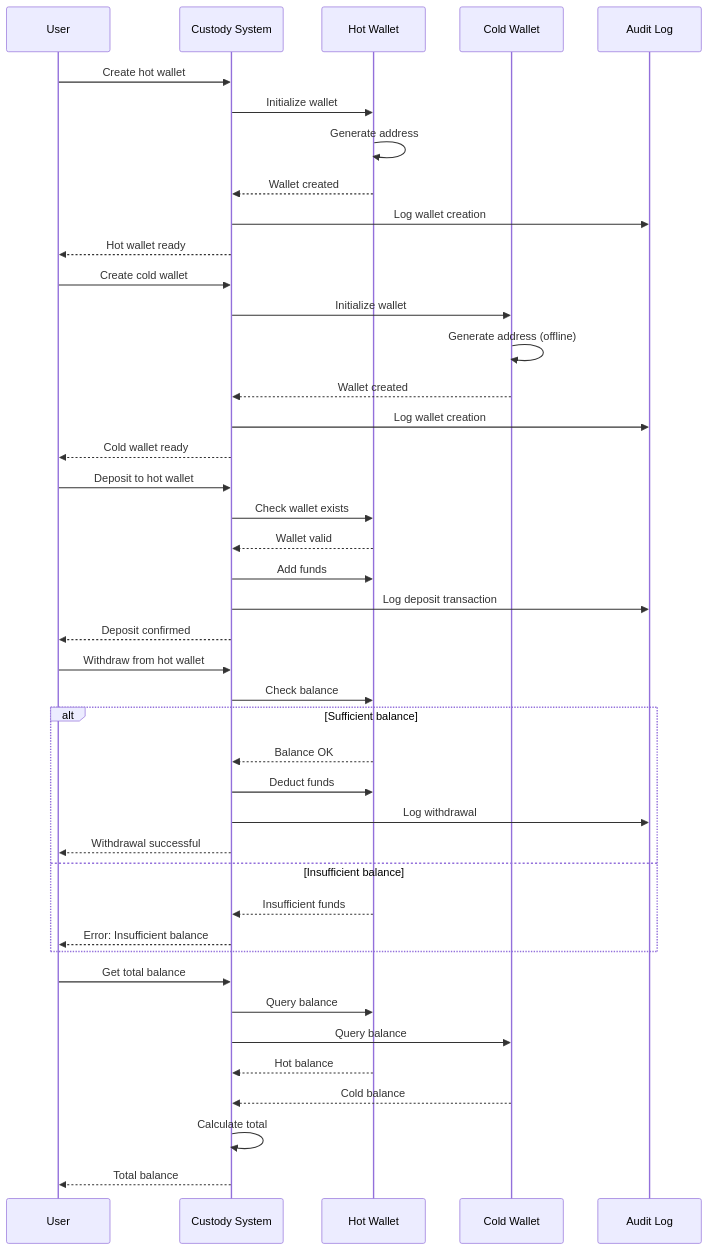
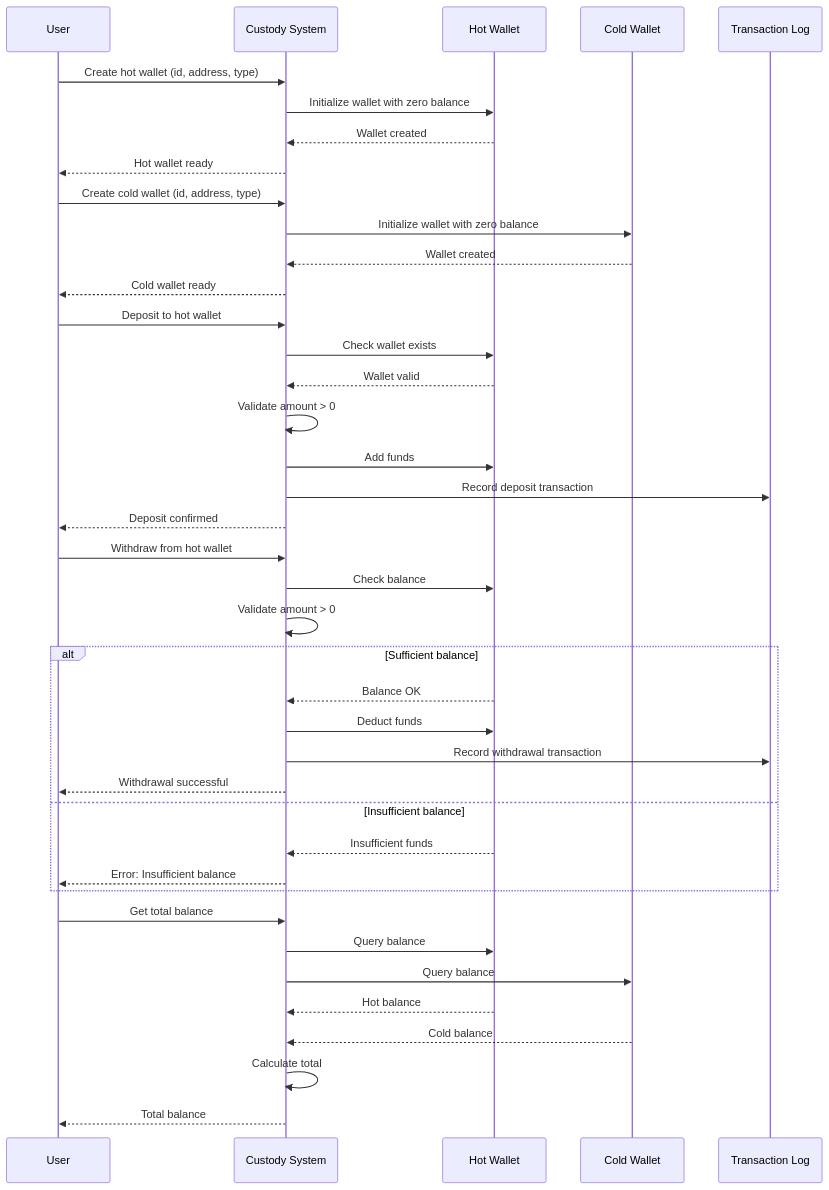
The diagram in docs/security_flow.mmd (galafis/securevault), drawn with Mermaid before and after one commit. The commit also changed 6 other files, not shown here.

```diff
--- a/docs/security_flow.mmd
+++ b/docs/security_flow.mmd
@@ -1,47 +1,45 @@
 sequenceDiagram
     participant User
     participant System as Custody System
     participant HotWallet as Hot Wallet
     participant ColdWallet as Cold Wallet
-    participant Audit as Audit Log
+    participant Audit as Transaction Log
     
-    User->>System: Create hot wallet
-    System->>HotWallet: Initialize wallet
-    HotWallet->>HotWallet: Generate address
+    User->>System: Create hot wallet (id, address, type)
+    System->>HotWallet: Initialize wallet with zero balance
     HotWallet-->>System: Wallet created
-    System->>Audit: Log wallet creation
     System-->>User: Hot wallet ready
     
-    User->>System: Create cold wallet
-    System->>ColdWallet: Initialize wallet
-    ColdWallet->>ColdWallet: Generate address (offline)
+    User->>System: Create cold wallet (id, address, type)
+    System->>ColdWallet: Initialize wallet with zero balance
     ColdWallet-->>System: Wallet created
-    System->>Audit: Log wallet creation
     System-->>User: Cold wallet ready
     
     User->>System: Deposit to hot wallet
     System->>HotWallet: Check wallet exists
     HotWallet-->>System: Wallet valid
+    System->>System: Validate amount > 0
     System->>HotWallet: Add funds
-    System->>Audit: Log deposit transaction
+    System->>Audit: Record deposit transaction
     System-->>User: Deposit confirmed
     
     User->>System: Withdraw from hot wallet
     System->>HotWallet: Check balance
+    System->>System: Validate amount > 0
     alt Sufficient balance
         HotWallet-->>System: Balance OK
         System->>HotWallet: Deduct funds
-        System->>Audit: Log withdrawal
+        System->>Audit: Record withdrawal transaction
         System-->>User: Withdrawal successful
     else Insufficient balance
         HotWallet-->>System: Insufficient funds
         System-->>User: Error: Insufficient balance
     end
     
     User->>System: Get total balance
     System->>HotWallet: Query balance
     System->>ColdWallet: Query balance
     HotWallet-->>System: Hot balance
     ColdWallet-->>System: Cold balance
     System->>System: Calculate total
     System-->>User: Total balance
```
